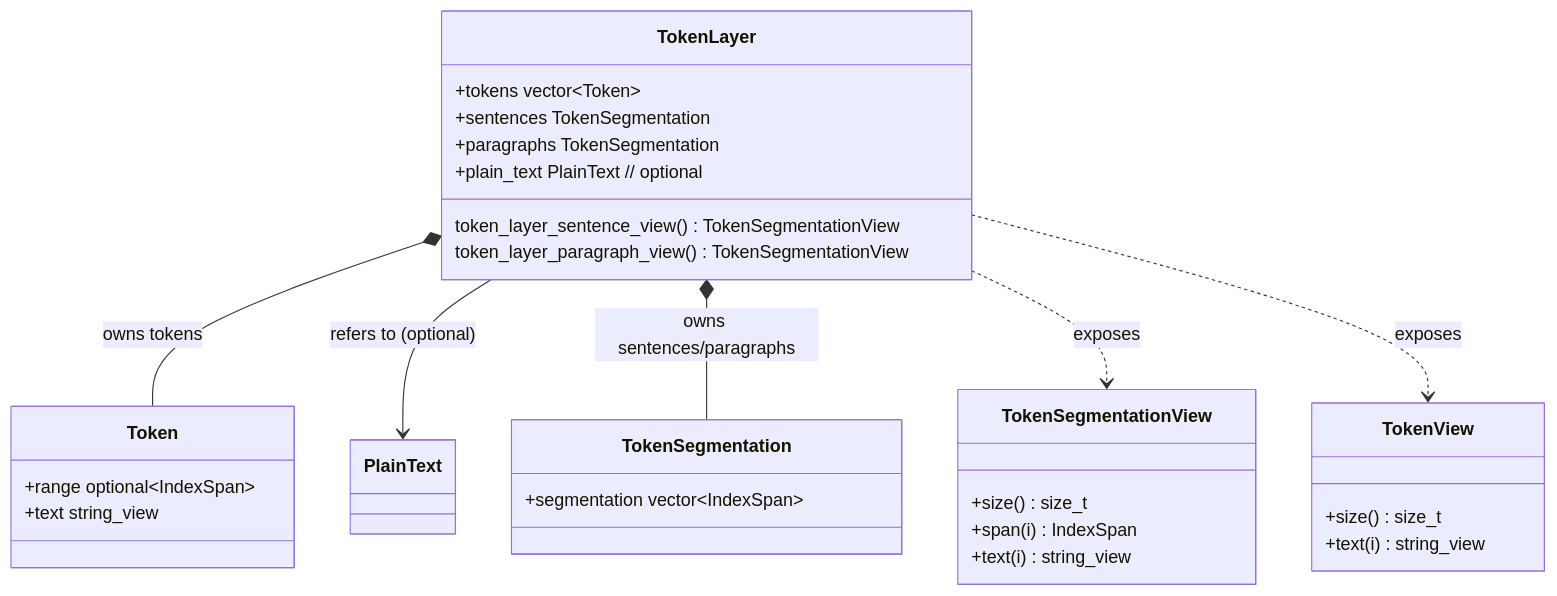
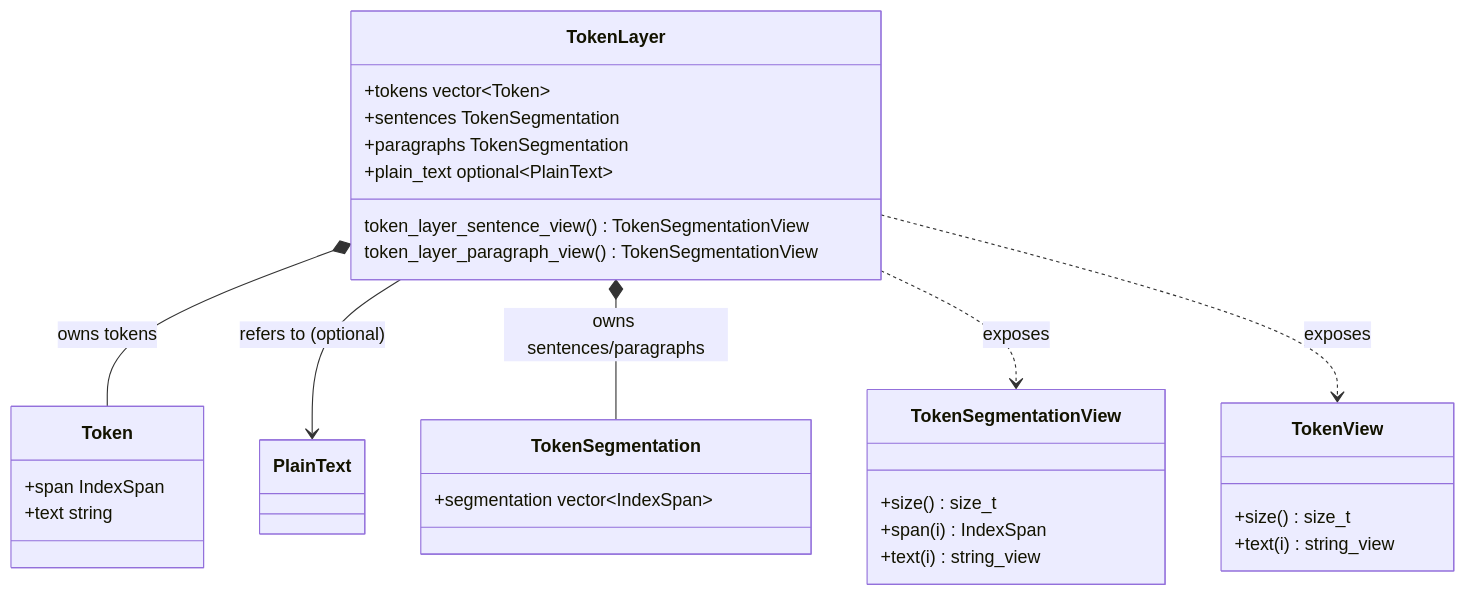
Before and after one commit to ufal/linpipe: the fourth of 4 diagrams in docs/src/dev/segmentation_tokenization.md, drawn with Mermaid. The commit also changed other lines of this file, not shown here.

````diff
--- a/docs/src/dev/segmentation_tokenization.md
+++ b/docs/src/dev/segmentation_tokenization.md
@@ -128,37 +130,37 @@
 ```mermaid
 classDiagram
     class Token {
-        +range optional~IndexSpan~
-        +text string_view
+        +span IndexSpan
+        +text string
     }
 
     class TokenSegmentationView {
         +size() size_t
         +span(i) IndexSpan
         +text(i) string_view
     }
 
     class TokenView {
         +size() size_t
         +text(i) string_view
     }
 
     class TokenSegmentation {
         +segmentation vector~IndexSpan~
     }
 
     class TokenLayer {
         +tokens vector~Token~
         +sentences TokenSegmentation
         +paragraphs TokenSegmentation
-        +plain_text PlainText   // optional
+        +plain_text optional~PlainText~
         token_layer_sentence_view() TokenSegmentationView
         token_layer_paragraph_view() TokenSegmentationView
     }
 
     TokenLayer *-- Token : owns tokens
     TokenLayer --> PlainText : refers to (optional)
     TokenLayer *-- TokenSegmentation : owns sentences/paragraphs
     TokenLayer ..> TokenSegmentationView : exposes
     TokenLayer ..> TokenView : exposes
 ```
````
